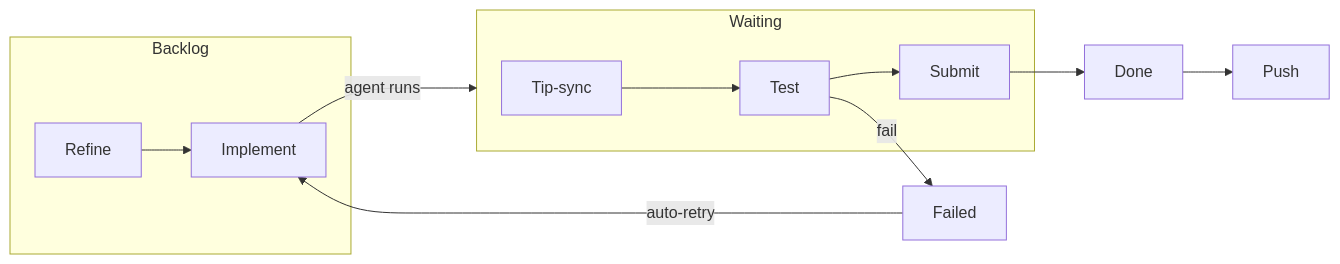
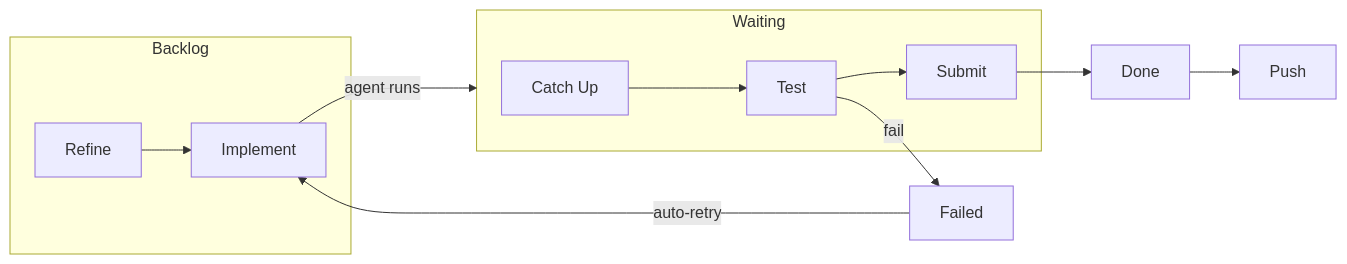
The diagram in docs/guide/automation.md (changkun/wallfacer), drawn with Mermaid before and after one commit. The commit also changed other lines of this file and 5 other files, not shown here.

First line of the commit message:
ui, docs: rename Tip-sync to Catch Up

````diff
--- a/docs/guide/automation.md
+++ b/docs/guide/automation.md
@@ -77,14 +77,14 @@
 ```mermaid
 flowchart LR
     subgraph Backlog
         Refine --> Implement
     end
     Implement -->|agent runs| Waiting
     subgraph Waiting
-        TipSync[Tip-sync] --> Test --> Submit
+        CatchUp[Catch Up] --> Test --> Submit
     end
     Submit --> Done
     Done --> Push
     Test -->|fail| Failed
     Failed -->|auto-retry| Implement
 ```
````
